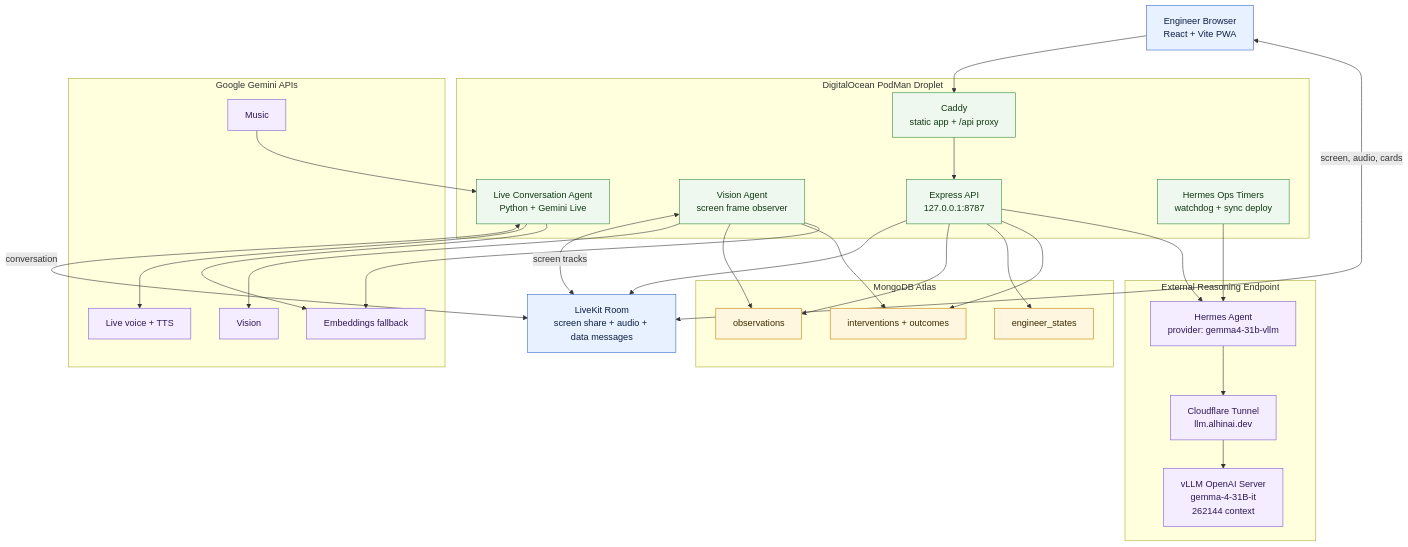
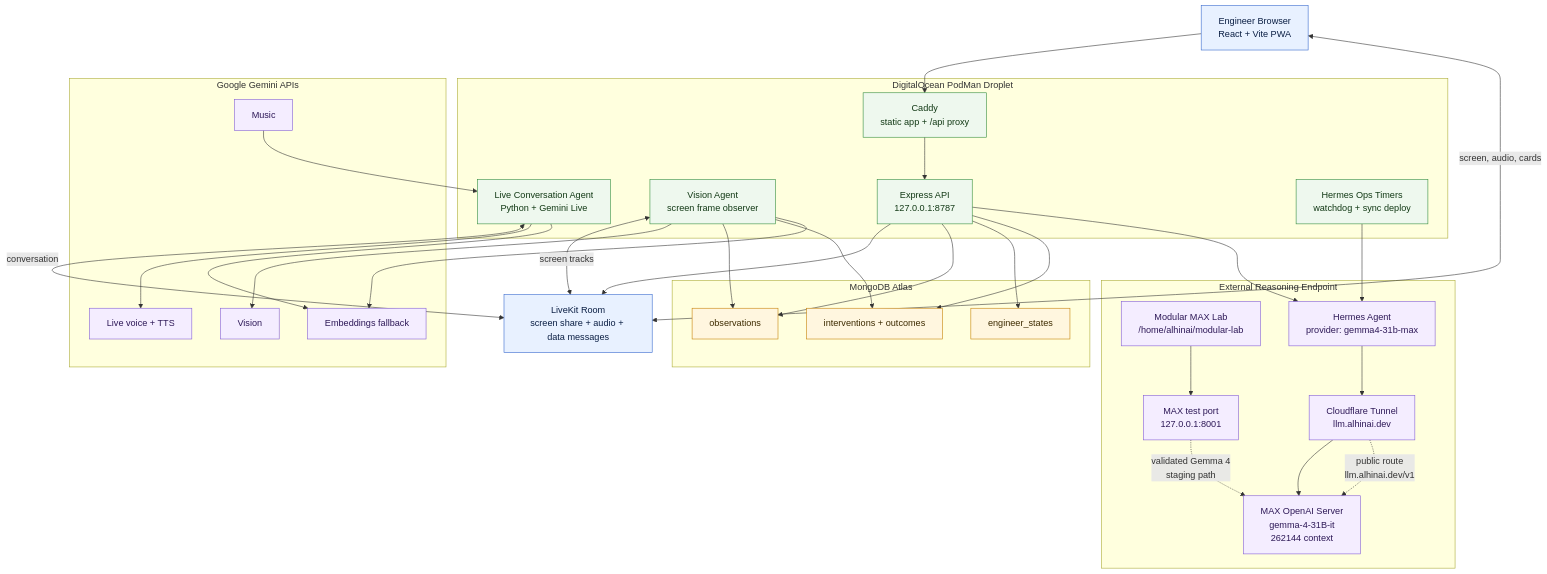
One commit to karti-ai/podman changed the first of 6 diagrams in README.md. Above: the diagram before and after it, drawn with Mermaid. The commit also changed other lines of this file and 1 other file, not shown here.

Commit message:
docs: update README with Modular MAX architecture

````diff
--- a/README.md
+++ b/README.md
@@ -41,59 +58,64 @@
 ```mermaid
 flowchart TB
   Browser["Engineer Browser<br/>React + Vite PWA"]
   Room["LiveKit Room<br/>screen share + audio + data messages"]
 
   subgraph Droplet["DigitalOcean PodMan Droplet"]
     Caddy["Caddy<br/>static app + /api proxy"]
     API["Express API<br/>127.0.0.1:8787"]
     Vision["Vision Agent<br/>screen frame observer"]
     Voice["Live Conversation Agent<br/>Python + Gemini Live"]
     Ops["Hermes Ops Timers<br/>watchdog + sync deploy"]
   end
 
   subgraph Memory["MongoDB Atlas"]
     Observations["observations"]
     State["engineer_states"]
     Outcomes["interventions + outcomes"]
   end
 
   subgraph Google["Google Gemini APIs"]
     GeminiVision["Vision"]
     GeminiVoice["Live voice + TTS"]
     GeminiEmbed["Embeddings fallback"]
     Lyria["Music"]
   end
 
   subgraph Reasoning["External Reasoning Endpoint"]
     Tunnel["Cloudflare Tunnel<br/>llm.alhinai.dev"]
-    VLLM["vLLM OpenAI Server<br/>gemma-4-31B-it<br/>262144 context"]
-    Hermes["Hermes Agent<br/>provider: gemma4-31b-vllm"]
+    MaxLab["Modular MAX Lab<br/>/home/alhinai/modular-lab"]
+    MaxServe["MAX OpenAI Server<br/>gemma-4-31B-it<br/>262144 context"]
+    MaxTest["MAX test port<br/>127.0.0.1:8001"]
+    Hermes["Hermes Agent<br/>provider: gemma4-31b-max"]
   end
 
   Browser --> Caddy --> API
   Browser <-->|screen, audio, cards| Room
   API --> Room
   API --> Observations
   API --> State
   API --> Outcomes
   Vision <-->|screen tracks| Room
   Vision --> GeminiVision
   Vision --> Observations
   Vision --> Outcomes
   Voice <-->|conversation| Room
   Voice --> GeminiVoice
   Vision --> GeminiEmbed
   Voice --> GeminiEmbed
-  Ops --> Hermes --> Tunnel --> VLLM
+  Ops --> Hermes --> Tunnel --> MaxServe
+  MaxLab --> MaxTest
+  MaxTest -. "validated Gemma 4<br/>staging path" .-> MaxServe
+  Tunnel -. "public route<br/>llm.alhinai.dev/v1" .-> MaxServe
   API --> Hermes
   Lyria --> Voice
 
   classDef user fill:#e8f1ff,stroke:#3366cc,color:#0b1f44;
   classDef app fill:#eef8ee,stroke:#2f8a3a,color:#123915;
   classDef data fill:#fff6df,stroke:#c47f00,color:#3d2b00;
   classDef ai fill:#f4edff,stroke:#805ad5,color:#2d1857;
   class Browser,Room user;
   class Caddy,API,Vision,Voice,Ops app;
   class Observations,State,Outcomes data;
-  class GeminiVision,GeminiVoice,GeminiEmbed,Lyria,Tunnel,VLLM,Hermes ai;
+  class GeminiVision,GeminiVoice,GeminiEmbed,Lyria,Tunnel,MaxLab,MaxServe,MaxTest,Hermes ai;
 ```
````
